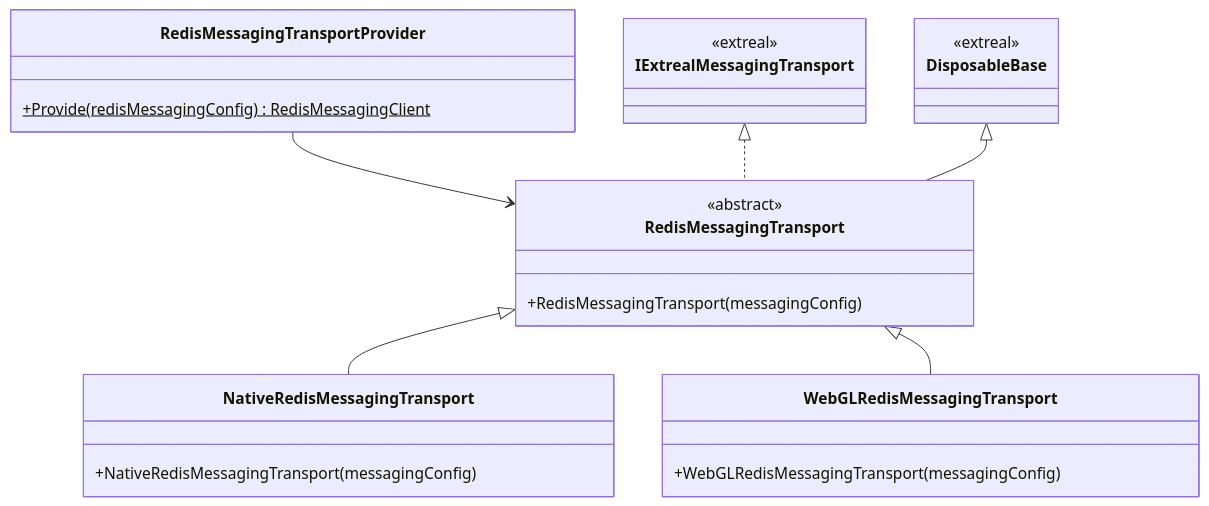
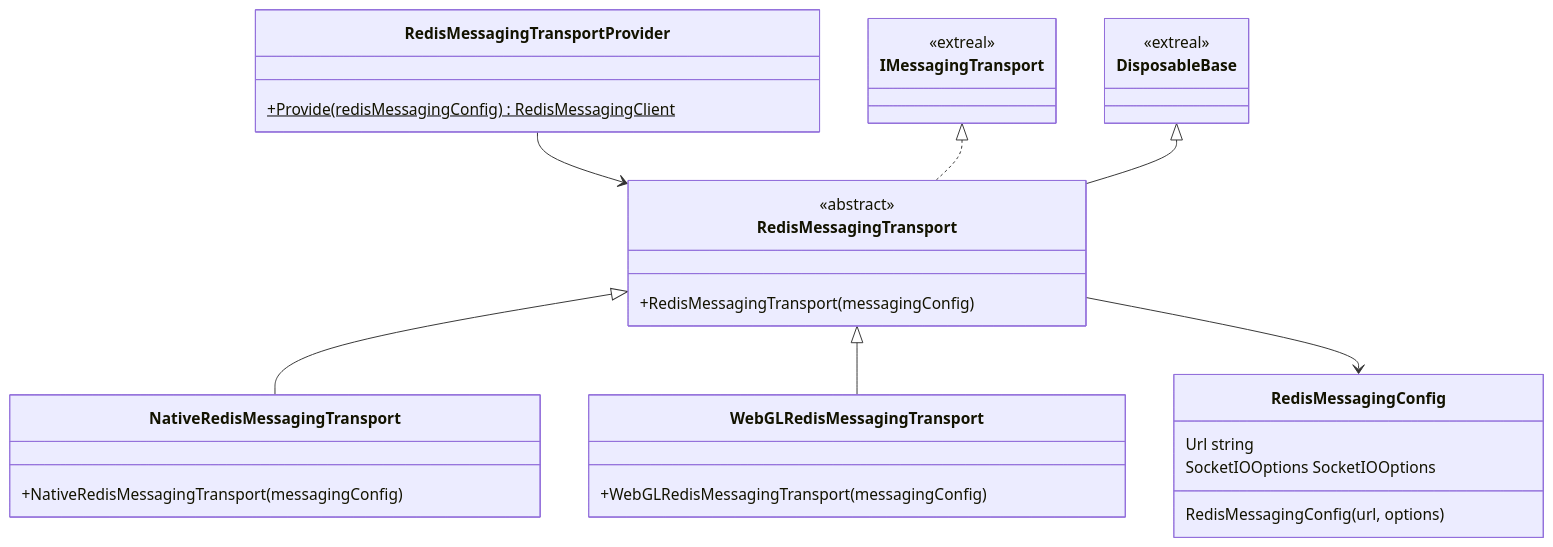
Before and after one commit to extreal-dev/Extreal.Guide: the first of 2 diagrams in docs/integration/messaging.redis.md, drawn with Mermaid. The commit also changed other lines of this file, not shown here.

Commit message:
Finish adding Messaging.Redis

````diff
--- a/docs/integration/messaging.redis.md
+++ b/docs/integration/messaging.redis.md
@@ -21,34 +22,41 @@
 ```mermaid
 classDiagram
 
     RedisMessagingTransportProvider --> RedisMessagingTransport
     RedisMessagingTransport <|-- NativeRedisMessagingTransport
     RedisMessagingTransport <|-- WebGLRedisMessagingTransport
-    IExtrealMessagingTransport <|.. RedisMessagingTransport
+    RedisMessagingTransport --> RedisMessagingConfig
+    IMessagingTransport <|.. RedisMessagingTransport
     DisposableBase <|-- RedisMessagingTransport
 
     class RedisMessagingTransportProvider {
         +Provide(redisMessagingConfig)$ RedisMessagingClient
     }
     
     class RedisMessagingTransport {
         <<abstract>>
         +RedisMessagingTransport(messagingConfig)
     }
     
+    class RedisMessagingConfig {
+        Url string
+        SocketIOOptions SocketIOOptions
+        RedisMessagingConfig(url, options)
+    }
+    
     class NativeRedisMessagingTransport {
         +NativeRedisMessagingTransport(messagingConfig) 
     }
     
     class WebGLRedisMessagingTransport {
         +WebGLRedisMessagingTransport(messagingConfig)
     }
 
-    class IExtrealMessagingTransport {
+    class IMessagingTransport {
         <<extreal>>
     }
 
     class DisposableBase {
         <<extreal>>
     }
 ```
````
